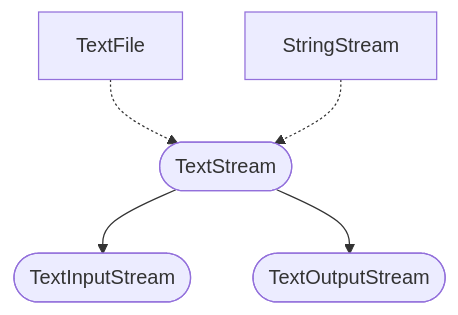
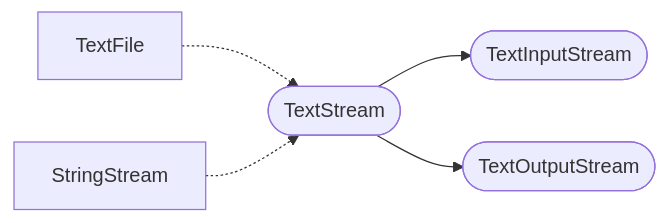
One commit to laro/Cilia changed the diagram in 2 Standard Lib/6 TextStream & CLI.md. Above: the diagram before and after it, drawn with Mermaid.

Commit message:
Update 6 TextStream & CLI.md

````diff
--- a/2 Standard Lib/6 TextStream & CLI.md
+++ b/2 Standard Lib/6 TextStream & CLI.md
@@ -75,16 +75,16 @@
 ```mermaid
 %%{init: {'themeVariables': {'fontFamily': 'monospace'}}}%%
-flowchart TD
+flowchart LR
     TextFile[TextFile]
     StringStream[StringStream]
 
     TextStream([TextStream])
     TextInputStream([TextInputStream])
     TextOutputStream([TextOutputStream])
 
     TextFile -.-> TextStream
     StringStream -.-> TextStream
 
     TextStream --> TextInputStream
     TextStream --> TextOutputStream
 ```
````
